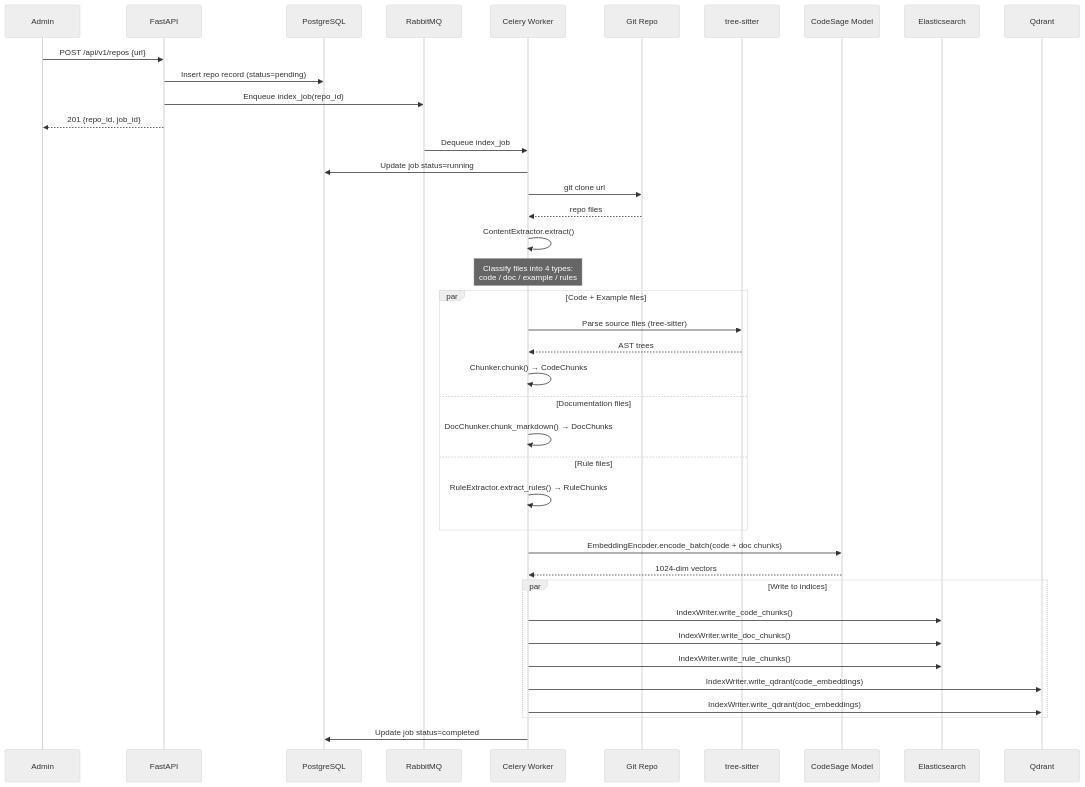
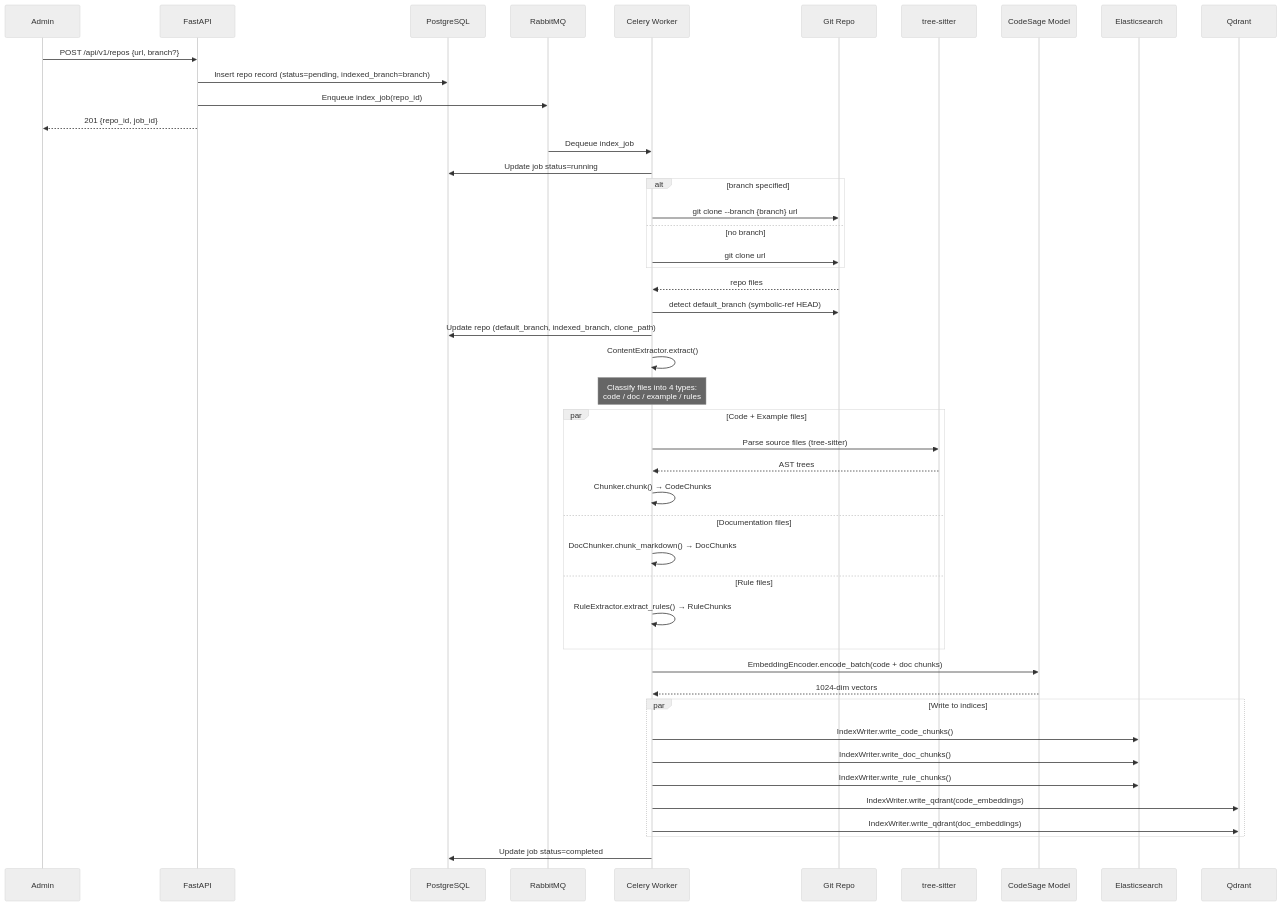
Before and after one commit to suriyel/theMachine: the fourth of 16 diagrams in docs/plans/2026-03-21-code-context-retrieval-design.md, drawn with Mermaid (neutral theme). The commit also changed other lines of this file, not shown here.

First line of the commit message:
docs: update design for wave 1 — branch selection support

````diff
--- a/docs/plans/2026-03-21-code-context-retrieval-design.md
+++ b/docs/plans/2026-03-21-code-context-retrieval-design.md
@@ -324,49 +325,55 @@
 ```mermaid
 sequenceDiagram
     participant Admin
     participant API as FastAPI
     participant DB as PostgreSQL
     participant RB as RabbitMQ
     participant Worker as Celery Worker
     participant Git as Git Repo
     participant TS as tree-sitter
     participant EMB as CodeSage Model
     participant ES as Elasticsearch
     participant QD as Qdrant
 
-    Admin->>API: POST /api/v1/repos {url}
-    API->>DB: Insert repo record (status=pending)
+    Admin->>API: POST /api/v1/repos {url, branch?}
+    API->>DB: Insert repo record (status=pending, indexed_branch=branch)
     API->>RB: Enqueue index_job(repo_id)
     API-->>Admin: 201 {repo_id, job_id}
 
     RB->>Worker: Dequeue index_job
     Worker->>DB: Update job status=running
-    Worker->>Git: git clone url
+    alt branch specified
+        Worker->>Git: git clone --branch {branch} url
+    else no branch
+        Worker->>Git: git clone url
+    end
     Git-->>Worker: repo files
+    Worker->>Git: detect default_branch (symbolic-ref HEAD)
+    Worker->>DB: Update repo (default_branch, indexed_branch, clone_path)
 
     Worker->>Worker: ContentExtractor.extract()
     Note over Worker: Classify files into 4 types:<br/>code / doc / example / rules
 
     par Code + Example files
         Worker->>TS: Parse source files (tree-sitter)
         TS-->>Worker: AST trees
         Worker->>Worker: Chunker.chunk() → CodeChunks
     and Documentation files
         Worker->>Worker: DocChunker.chunk_markdown() → DocChunks
     and Rule files
         Worker->>Worker: RuleExtractor.extract_rules() → RuleChunks
     end
 
     Worker->>EMB: EmbeddingEncoder.encode_batch(code + doc chunks)
     EMB-->>Worker: 1024-dim vectors
 
     par Write to indices
         Worker->>ES: IndexWriter.write_code_chunks()
         Worker->>ES: IndexWriter.write_doc_chunks()
         Worker->>ES: IndexWriter.write_rule_chunks()
         Worker->>QD: IndexWriter.write_qdrant(code_embeddings)
         Worker->>QD: IndexWriter.write_qdrant(doc_embeddings)
     end
 
     Worker->>DB: Update job status=completed
 ```
````
